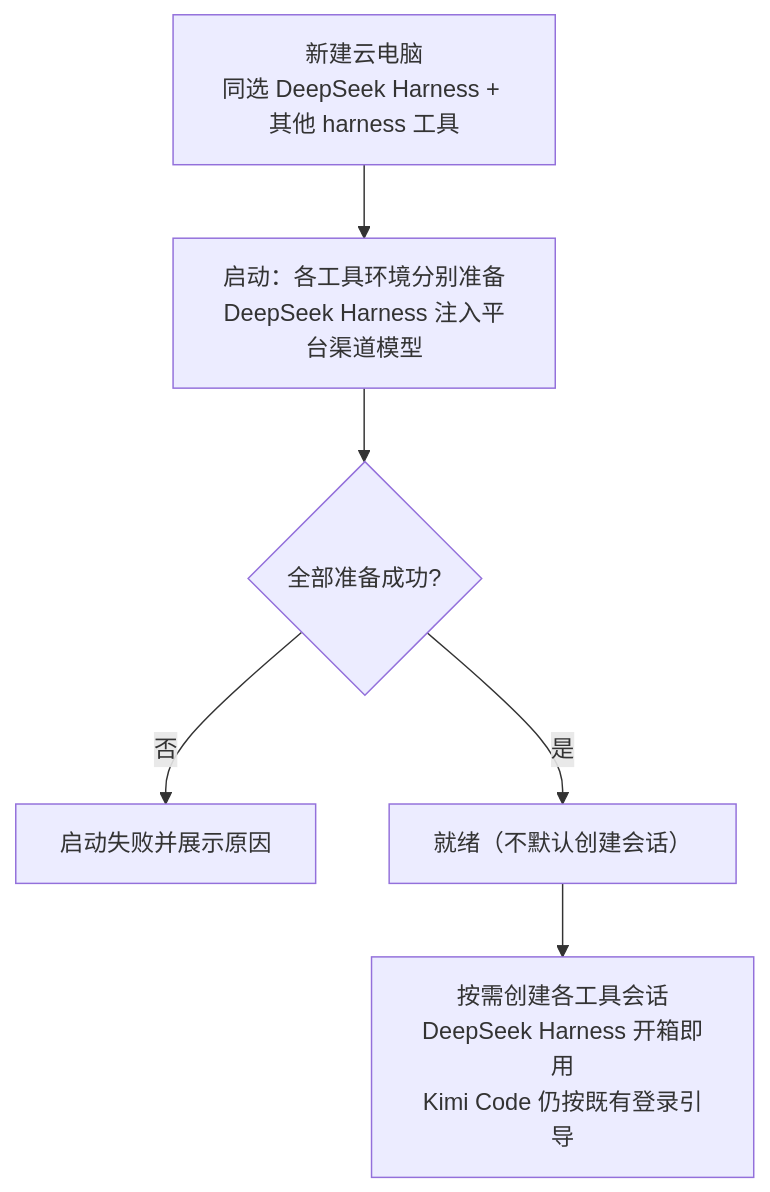
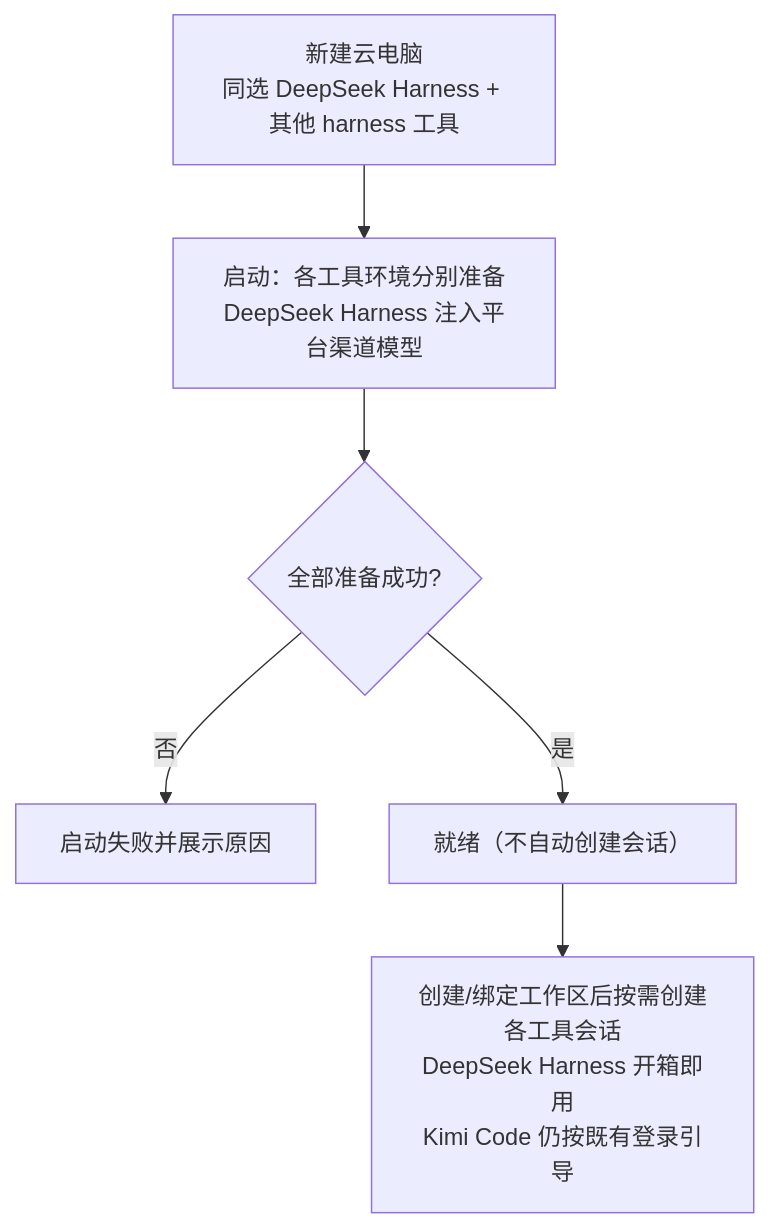
Before and after one commit to Deliay/z-agent-gear: the third of 3 diagrams in docs/product/draft/20261025-deepseek-harness.md, drawn with Mermaid. The commit also changed other lines of this file and 1 other file, not shown here.

````diff
--- a/docs/product/draft/20261025-deepseek-harness.md
+++ b/docs/product/draft/20261025-deepseek-harness.md
@@ -163,8 +165,8 @@
 ```mermaid
 flowchart TD
     A[新建云电脑<br/>同选 DeepSeek Harness + 其他 harness 工具] --> B[启动：各工具环境分别准备<br/>DeepSeek Harness 注入平台渠道模型]
     B --> C{全部准备成功?}
     C -->|否| C1[启动失败并展示原因]
-    C -->|是| D[就绪（不默认创建会话）]
-    D --> E[按需创建各工具会话<br/>DeepSeek Harness 开箱即用<br/>Kimi Code 仍按既有登录引导]
+    C -->|是| D[就绪（不自动创建会话）]
+    D --> E[创建/绑定工作区后按需创建各工具会话<br/>DeepSeek Harness 开箱即用<br/>Kimi Code 仍按既有登录引导]
 ```
````
